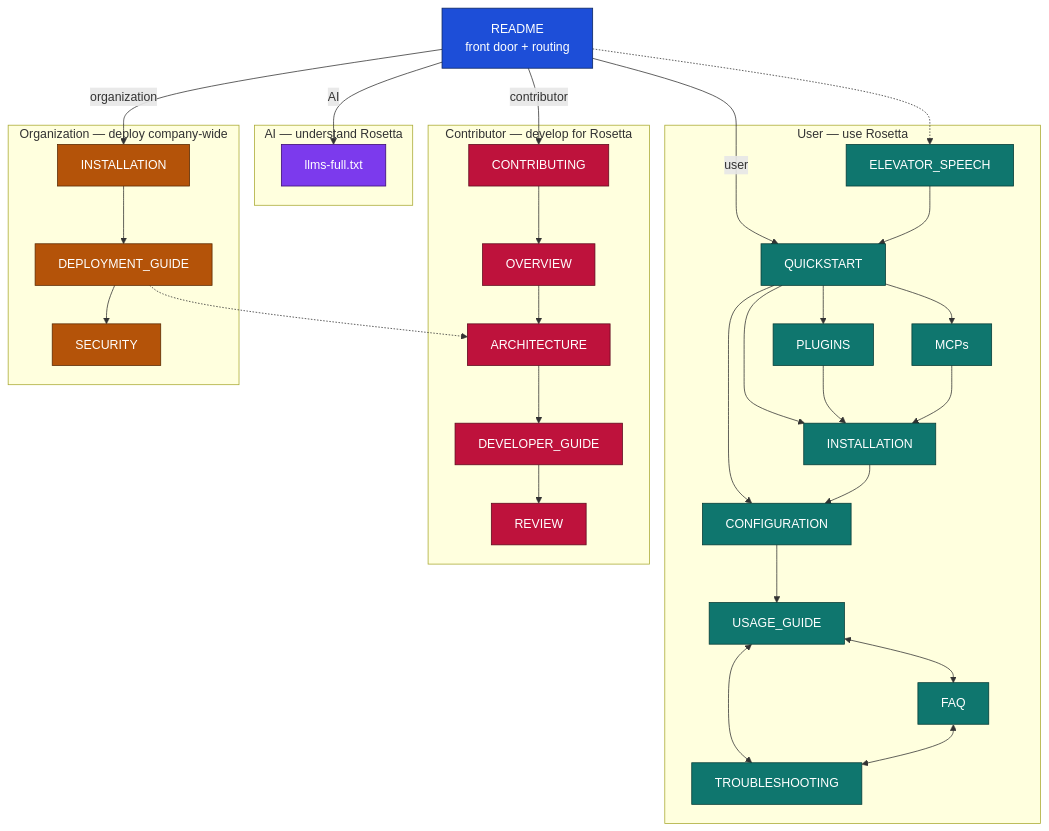
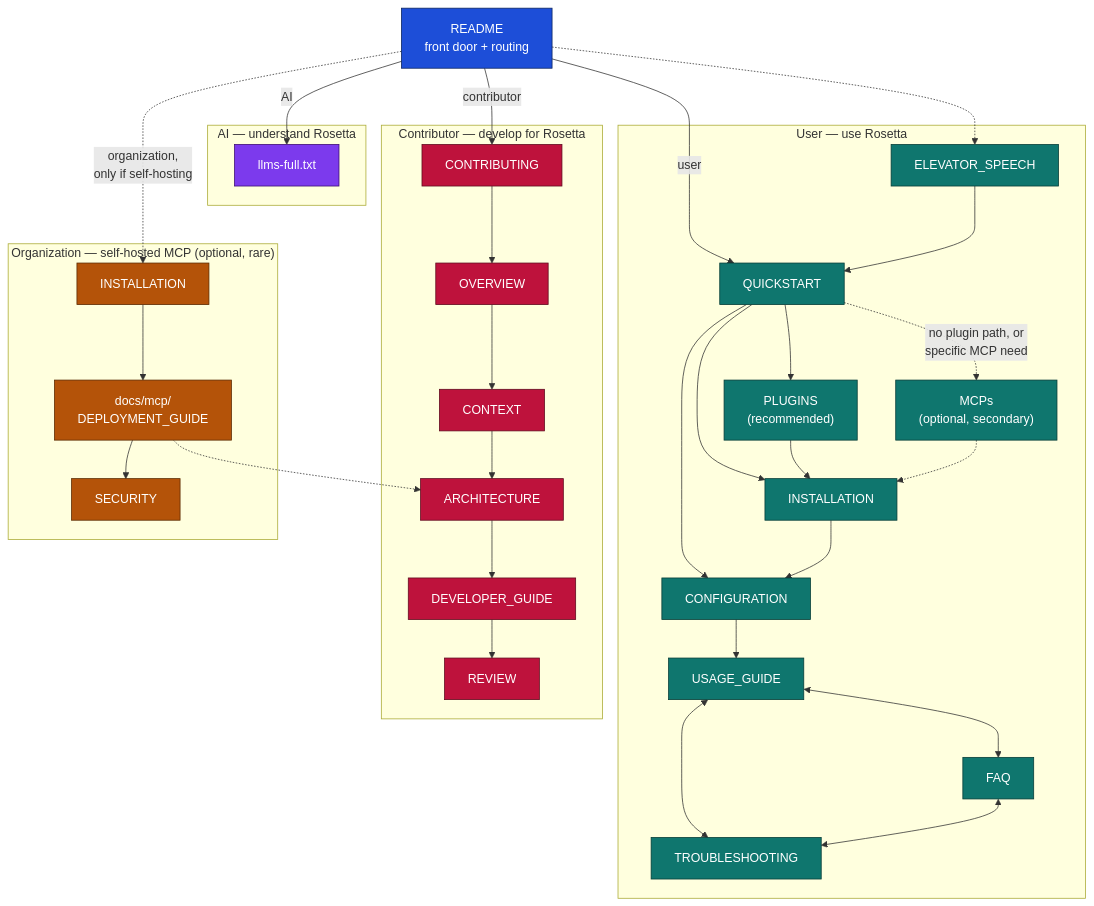
Before and after one commit to griddynamics/rosetta: the diagram in docs/reviews/DOC-STRUCTURE-PLAN.md, drawn with Mermaid. The commit also changed other lines of this file and 42 other files, not shown here.

````diff
--- a/docs/reviews/DOC-STRUCTURE-PLAN.md
+++ b/docs/reviews/DOC-STRUCTURE-PLAN.md
@@ -232,74 +262,76 @@
 ```mermaid
 flowchart TD
     README["README<br/>front door + routing"]
 
     subgraph USER["User — use Rosetta"]
         ELEV["ELEVATOR_SPEECH"]
         QS["QUICKSTART"]
-        PLUG["PLUGINS"]
-        MCP["MCPs"]
+        PLUG["PLUGINS<br/>(recommended)"]
+        MCP["MCPs<br/>(optional, secondary)"]
         INST["INSTALLATION"]
         CONF["CONFIGURATION"]
         USAGE["USAGE_GUIDE"]
         FAQ["FAQ"]
         TRBL["TROUBLESHOOTING"]
     end
 
     subgraph AIP["AI — understand Rosetta"]
         LLMS["llms-full.txt"]
     end
 
     subgraph CONTRIB["Contributor — develop for Rosetta"]
         CONT["CONTRIBUTING"]
         OVER["OVERVIEW"]
+        CTX["CONTEXT"]
         ARCH["ARCHITECTURE"]
         DEV["DEVELOPER_GUIDE"]
         REV["REVIEW"]
     end
 
-    subgraph ORG["Organization — deploy company-wide"]
+    subgraph ORG["Organization — self-hosted MCP (optional, rare)"]
         INSTO["INSTALLATION"]
-        DEP["DEPLOYMENT_GUIDE"]
+        DEP["docs/mcp/<br/>DEPLOYMENT_GUIDE"]
         SEC["SECURITY"]
     end
 
     README -->|user| QS
     README -.-> ELEV
     README -->|AI| LLMS
     README -->|contributor| CONT
-    README -->|organization| INSTO
+    README -.->|organization,<br/>only if self-hosting| INSTO
 
     ELEV --> QS
     QS --> PLUG
-    QS --> MCP
+    QS -.->|no plugin path, or<br/>specific MCP need| MCP
     QS --> INST
     PLUG --> INST
-    MCP --> INST
+    MCP -.-> INST
     QS --> CONF
     INST --> CONF
     CONF --> USAGE
     USAGE <--> FAQ
     USAGE <--> TRBL
     FAQ <--> TRBL
 
     CONT --> OVER
-    OVER --> ARCH
+    OVER --> CTX
+    CTX --> ARCH
     ARCH --> DEV
     DEV --> REV
 
     INSTO --> DEP
     DEP --> SEC
     DEP -.-> ARCH
 
     classDef entry fill:#1d4ed8,stroke:#0b245e,color:#ffffff;
     classDef user fill:#0f766e,stroke:#053b36,color:#ffffff;
     classDef ai fill:#7c3aed,stroke:#3b0a73,color:#ffffff;
     classDef contrib fill:#be123c,stroke:#5e0a1d,color:#ffffff;
     classDef org fill:#b45309,stroke:#5a2900,color:#ffffff;
 
     class README entry;
     class ELEV,QS,PLUG,MCP,INST,CONF,USAGE,FAQ,TRBL user;
     class LLMS ai;
-    class CONT,OVER,ARCH,DEV,REV contrib;
+    class CONT,OVER,CTX,ARCH,DEV,REV contrib;
     class INSTO,DEP,SEC org;
 ```
````
